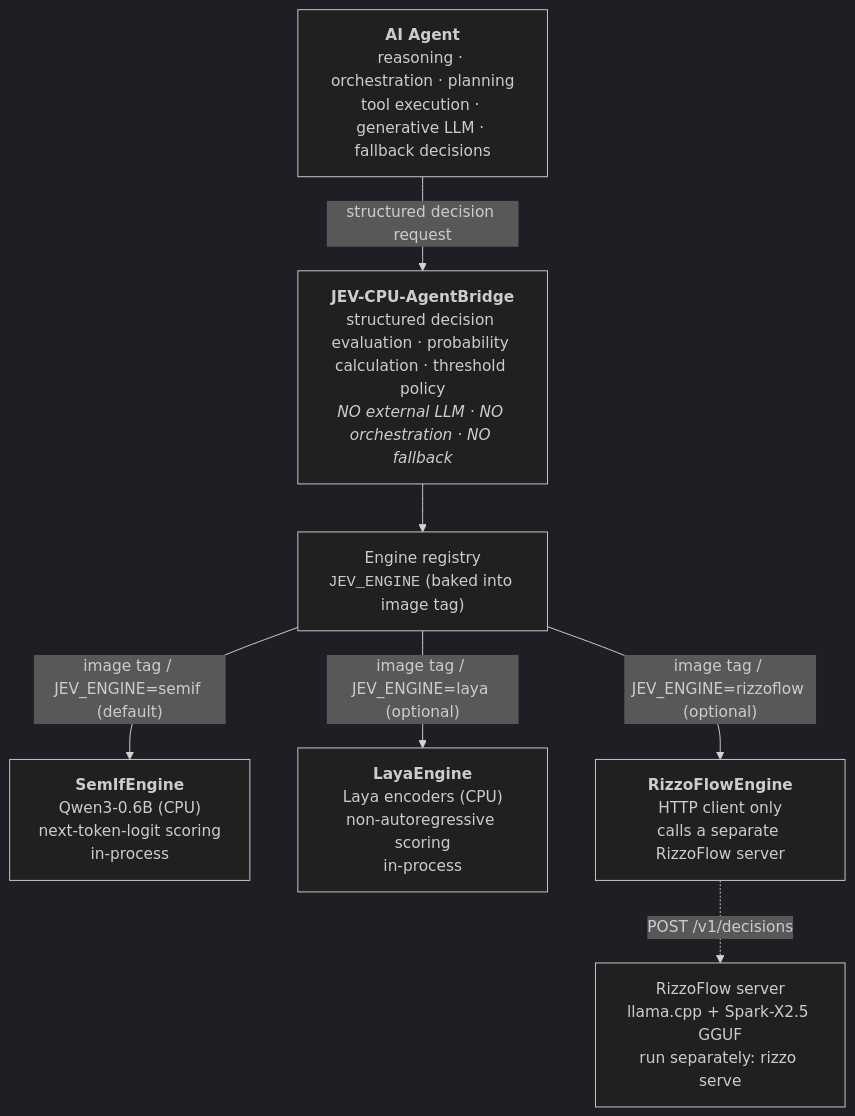
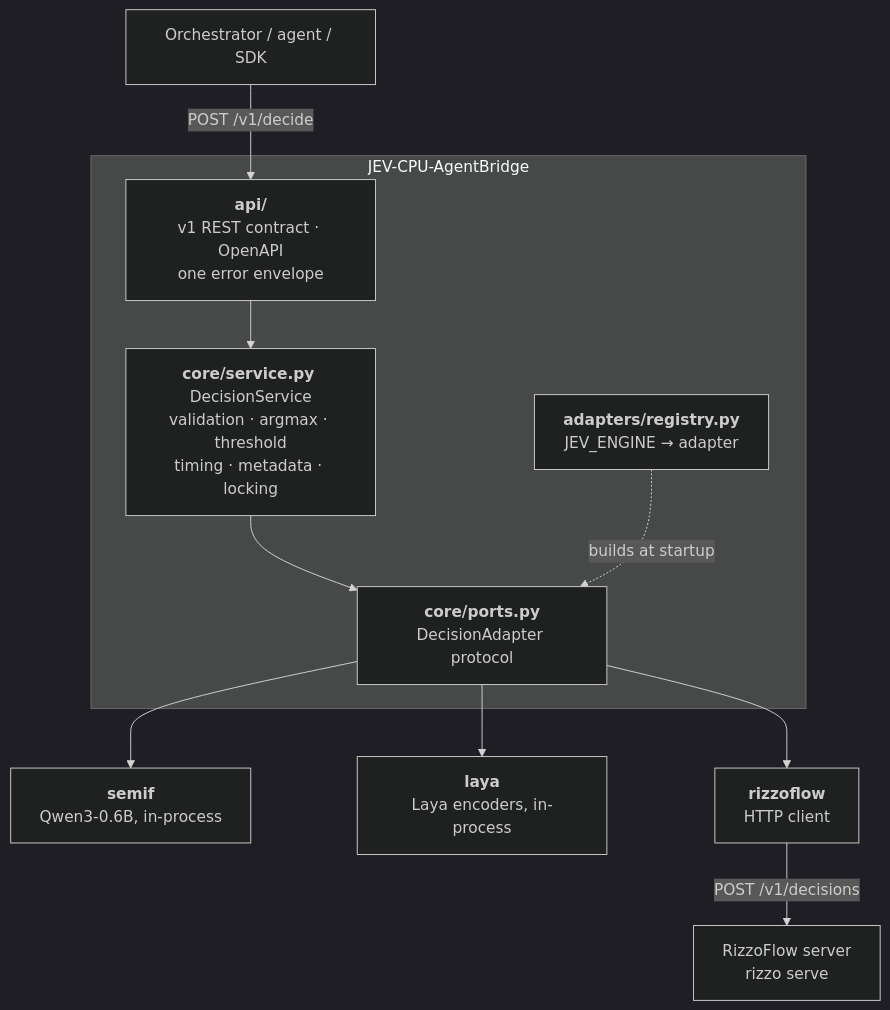
The first of 3 diagrams in docs/architecture.md (GiskardB/jev-agentbridge), drawn with Mermaid (dark theme) before and after one commit. The commit also changed other lines of this file and 51 other files, not shown here.

First line of the commit message:
Standard v1 REST contract over pluggable engine adapters (0.4.0)

````diff
--- a/docs/architecture.md
+++ b/docs/architecture.md
@@ -3,16 +7,23 @@
 ```mermaid
 flowchart TB
-    Agent["<b>AI Agent</b><br/>reasoning · orchestration · planning<br/>tool execution · generative LLM · fallback decisions"]
-    Bridge["<b>JEV-CPU-AgentBridge</b><br/>structured decision evaluation · probability calculation · threshold policy<br/><i>NO external LLM · NO orchestration · NO fallback</i>"]
-    Registry["Engine registry<br/><code>JEV_ENGINE</code> (baked into image tag)"]
-    SemIf["<b>SemIfEngine</b><br/>Qwen3-0.6B (CPU)<br/>next-token-logit scoring<br/>in-process"]
-    Laya["<b>LayaEngine</b><br/>Laya encoders (CPU)<br/>non-autoregressive scoring<br/>in-process"]
-    Rizzo["<b>RizzoFlowEngine</b><br/>HTTP client only<br/>calls a separate RizzoFlow server"]
+    Client["Orchestrator / agent / SDK"]
+    subgraph Bridge["JEV-CPU-AgentBridge"]
+        API["<b>api/</b><br/>v1 REST contract · OpenAPI<br/>one error envelope"]
+        Service["<b>core/service.py</b> DecisionService<br/>validation · argmax · threshold<br/>timing · metadata · locking"]
+        Port["<b>core/ports.py</b><br/>DecisionAdapter protocol"]
+        Registry["<b>adapters/registry.py</b><br/>JEV_ENGINE → adapter"]
+    end
+    SemIf["<b>semif</b><br/>Qwen3-0.6B, in-process"]
+    Laya["<b>laya</b><br/>Laya encoders, in-process"]
+    Rizzo["<b>rizzoflow</b><br/>HTTP client"]
+    RizzoServer["RizzoFlow server<br/>rizzo serve"]
 
-    Agent -- "structured decision request" --> Bridge
-    Bridge --> Registry
-    Registry -- "image tag / JEV_ENGINE=semif (default)" --> SemIf
-    Registry -- "image tag / JEV_ENGINE=laya (optional)" --> Laya
-    Registry -- "image tag / JEV_ENGINE=rizzoflow (optional)" --> Rizzo
-    Rizzo -. "POST /v1/decisions" .-> RizzoServer["RizzoFlow server<br/>llama.cpp + Spark-X2.5 GGUF<br/>run separately: rizzo serve"]
+    Client -- "POST /v1/decide" --> API
+    API --> Service
+    Service --> Port
+    Registry -. "builds at startup" .-> Port
+    Port --> SemIf
+    Port --> Laya
+    Port --> Rizzo
+    Rizzo -- "POST /v1/decisions" --> RizzoServer
 ```
````
